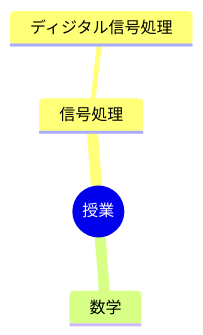
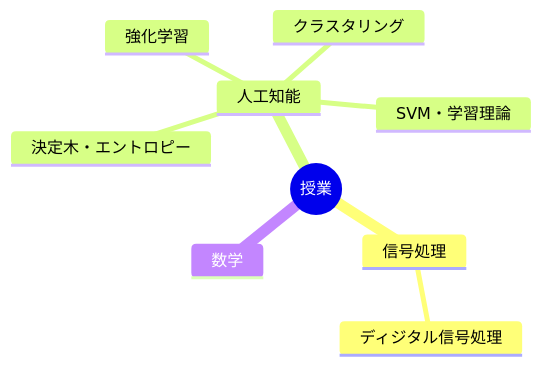
Before and after one commit to 97kuek/obsidian-vault: the diagram in 20_Areas/授業/【MOC】授業.md, drawn with Mermaid. The commit also changed other lines of this file and 15 other files, not shown here.

````diff
--- a/20_Areas/授業/【MOC】授業.md
+++ b/20_Areas/授業/【MOC】授業.md
@@ -13,7 +13,12 @@
 ```mermaid
 mindmap
   root(("授業"))
     信号処理
       ディジタル信号処理
+    人工知能
+      決定木・エントロピー
+      強化学習
+      クラスタリング
+      SVM・学習理論
     数学
 ```
````
